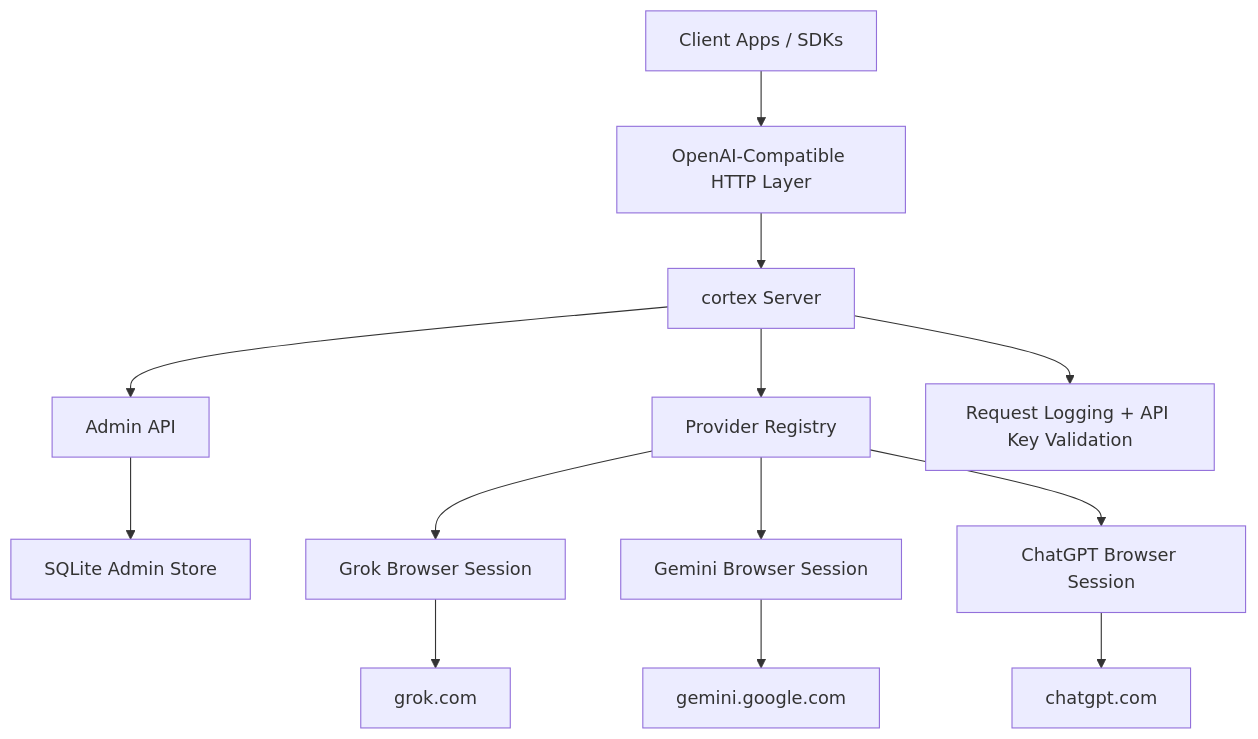
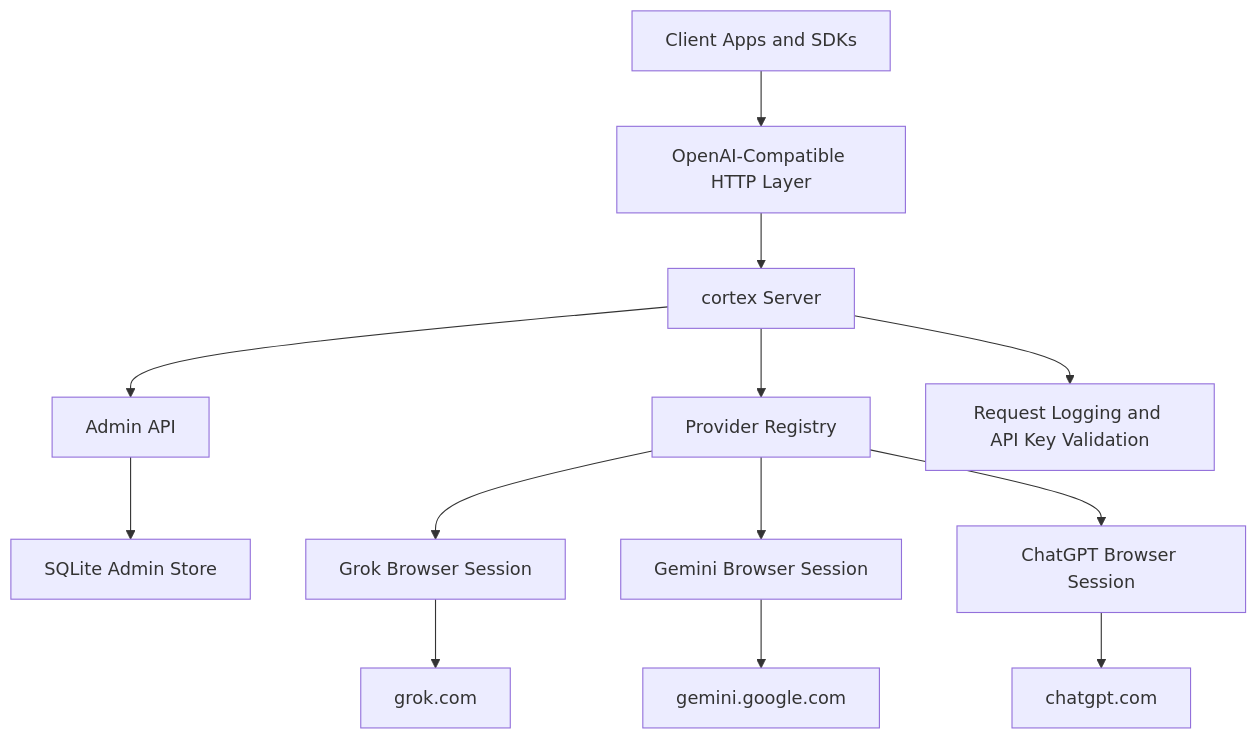
The second of 11 diagrams in README.md (Th3X-Zohir/cortex), drawn with Mermaid before and after one commit. The commit also changed other lines of this file, not shown here.

Commit message:
docs: enhance README with animated SVG walkthroughs and improved diagram labels for clarity

````diff
--- a/README.md
+++ b/README.md
@@ -148,15 +152,15 @@
 ```mermaid
 flowchart TD
-    A[Client Apps / SDKs] --> B[OpenAI-Compatible HTTP Layer]
+    A["Client Apps and SDKs"] --> B["OpenAI-Compatible HTTP Layer"]
     B --> C[cortex Server]
-    C --> D[Provider Registry]
-    C --> E[Admin API]
-    C --> F[Request Logging + API Key Validation]
-    E --> G[SQLite Admin Store]
-    D --> H[Grok Browser Session]
-    D --> I[Gemini Browser Session]
-    D --> J[ChatGPT Browser Session]
+    C --> D["Provider Registry"]
+    C --> E["Admin API"]
+    C --> F["Request Logging and API Key Validation"]
+    E --> G["SQLite Admin Store"]
+    D --> H["Grok Browser Session"]
+    D --> I["Gemini Browser Session"]
+    D --> J["ChatGPT Browser Session"]
     H --> K[grok.com]
     I --> L[gemini.google.com]
     J --> M[chatgpt.com]
 ```
````
